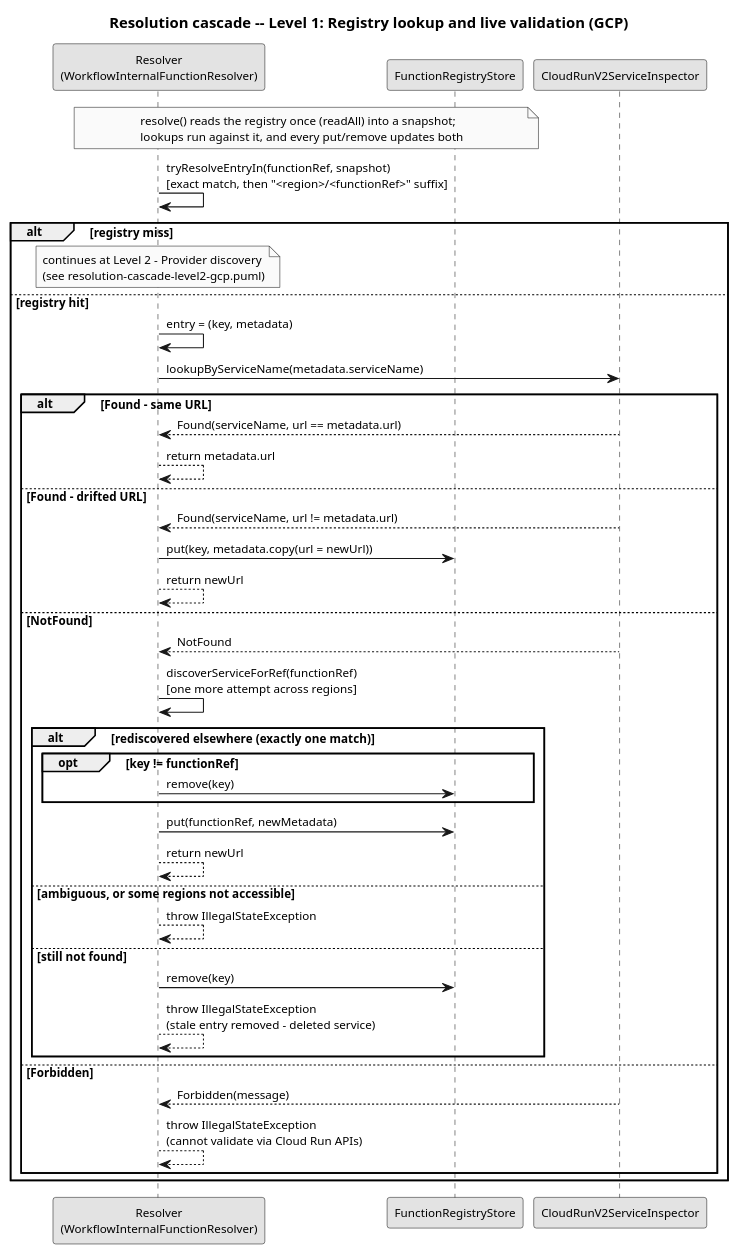
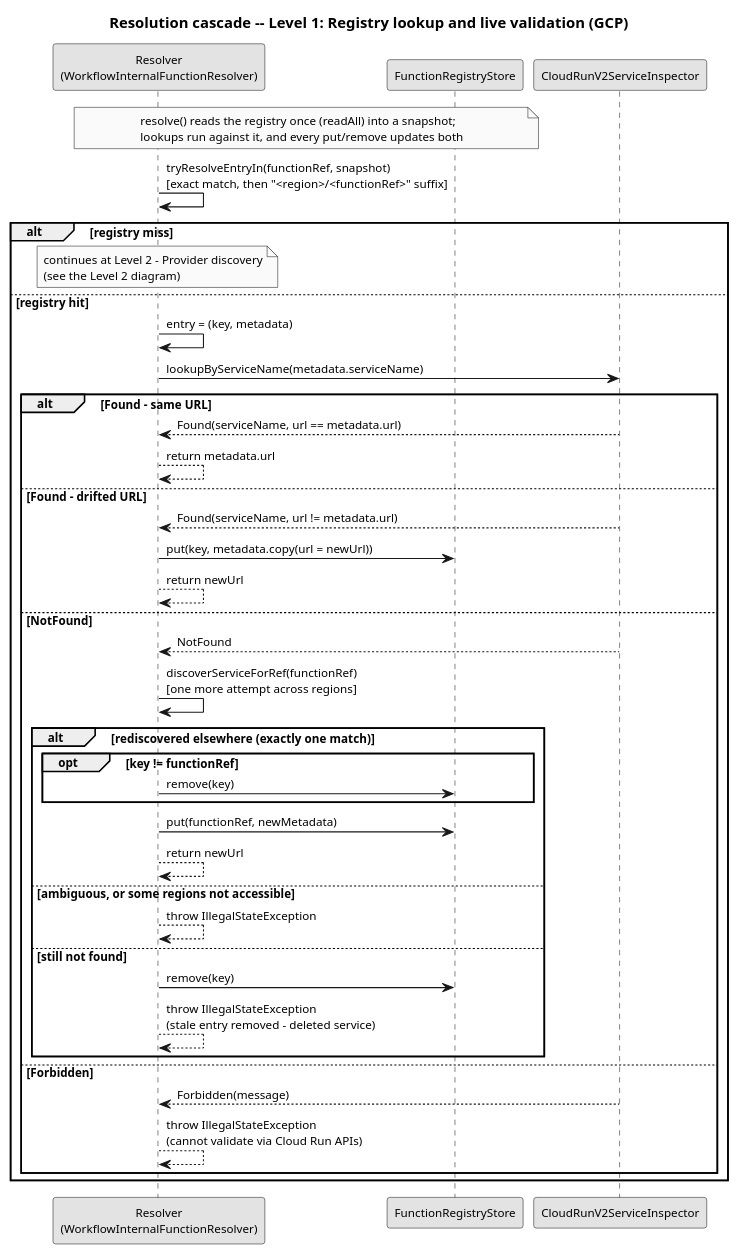
Before and after one commit to EngenheiroPedroCarvalho/ISEL-Thesis-2526: the diagram in diagrams/resolution-cascade-level1-gcp.puml, drawn with PlantUML. The commit also changed 28 other files, not shown here.

First line of the commit message:
Align the thesis diagrams with the code and the text

```diff
--- a/diagrams/resolution-cascade-level1-gcp.puml
+++ b/diagrams/resolution-cascade-level1-gcp.puml
@@ -1,52 +1,52 @@
 @startuml resolution-cascade-level1-gcp
 skinparam monochrome true
 skinparam shadowing false
 skinparam defaultFontSize 11
 title Resolution cascade -- Level 1: Registry lookup and live validation (GCP)
 
 participant "Resolver\n(WorkflowInternalFunctionResolver)" as R
 participant "FunctionRegistryStore" as REG
 participant "CloudRunV2ServiceInspector" as GI
 
 note over R, REG
   resolve() reads the registry once (readAll) into a snapshot;
   lookups run against it, and every put/remove updates both
 end note
 R -> R : tryResolveEntryIn(functionRef, snapshot)\n[exact match, then "<region>/<functionRef>" suffix]
 alt registry miss
   note over R
     continues at Level 2 - Provider discovery
-    (see resolution-cascade-level2-gcp.puml)
+    (see the Level 2 diagram)
   end note
 else registry hit
   R -> R : entry = (key, metadata)
 
   R -> GI : lookupByServiceName(metadata.serviceName)
   alt Found - same URL
     GI --> R : Found(serviceName, url == metadata.url)
     R --> R : return metadata.url
   else Found - drifted URL
     GI --> R : Found(serviceName, url != metadata.url)
     R -> REG : put(key, metadata.copy(url = newUrl))
     R --> R : return newUrl
   else NotFound
     GI --> R : NotFound
     R -> R : discoverServiceForRef(functionRef)\n[one more attempt across regions]
     alt rediscovered elsewhere (exactly one match)
       opt key != functionRef
         R -> REG : remove(key)
       end
       R -> REG : put(functionRef, newMetadata)
       R --> R : return newUrl
     else ambiguous, or some regions not accessible
       R --> R : throw IllegalStateException
     else still not found
       R -> REG : remove(key)
       R --> R : throw IllegalStateException\n(stale entry removed - deleted service)
     end
   else Forbidden
     GI --> R : Forbidden(message)
     R --> R : throw IllegalStateException\n(cannot validate via Cloud Run APIs)
   end
 end
 @enduml
```
